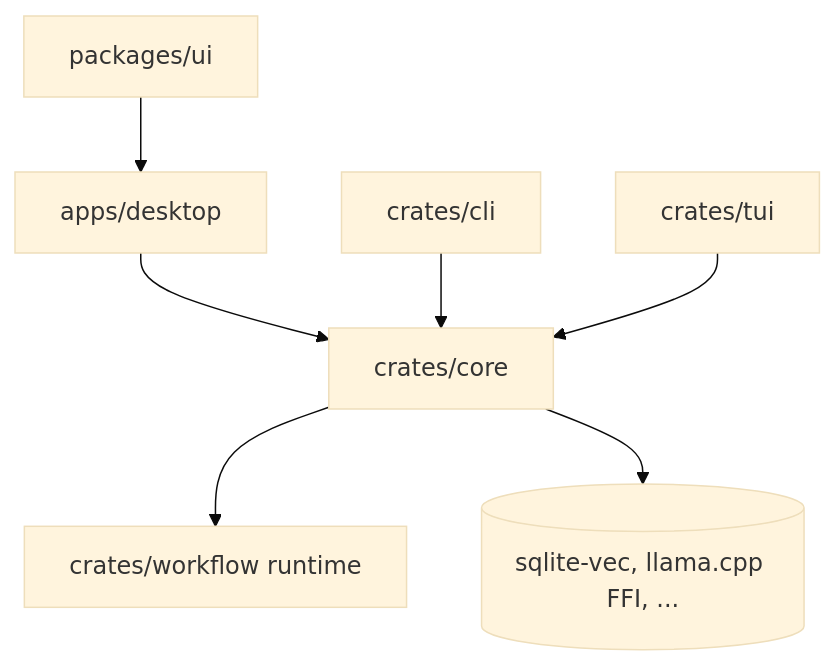
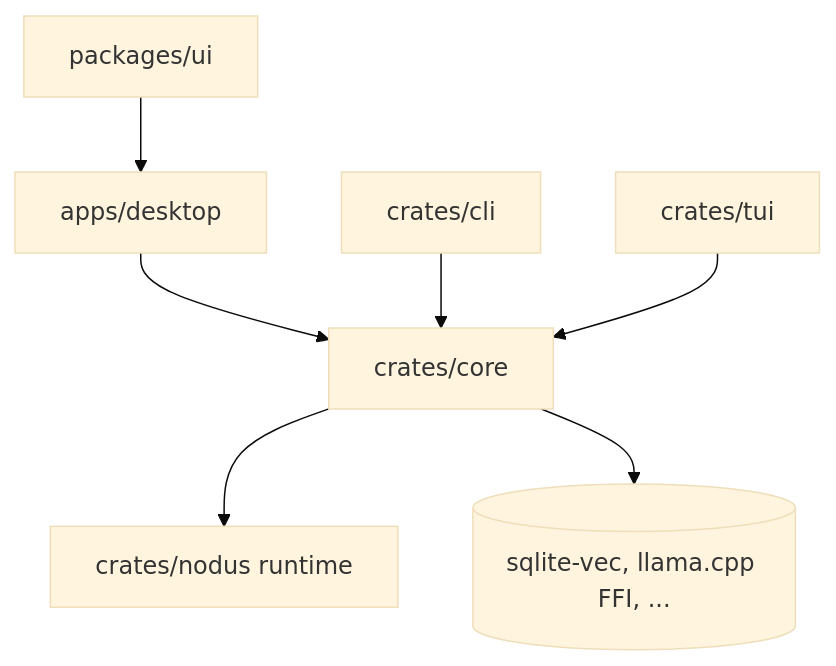
One commit to teratron/cronus changed the diagram in .design/main/specifications/l2-source-layout.md. Above: the diagram before and after it, drawn with Mermaid (base theme). The commit also changed other lines of this file and 5 other files, not shown here.

First line of the commit message:
docs: rename workflow README to nodus README

````diff
--- a/.design/main/specifications/l2-source-layout.md
+++ b/.design/main/specifications/l2-source-layout.md
@@ -63,9 +63,9 @@
 ```mermaid
 graph TD
     UI[packages/ui] --> DESKTOP[apps/desktop]
     DESKTOP --> CORE[crates/core]
     CLI[crates/cli] --> CORE
     TUI[crates/tui] --> CORE
-    CORE --> WFL[crates/workflow runtime]
+    CORE --> WFL[crates/nodus runtime]
     CORE --> DEPS[(sqlite-vec, llama.cpp FFI, ...)]
 ```
````
